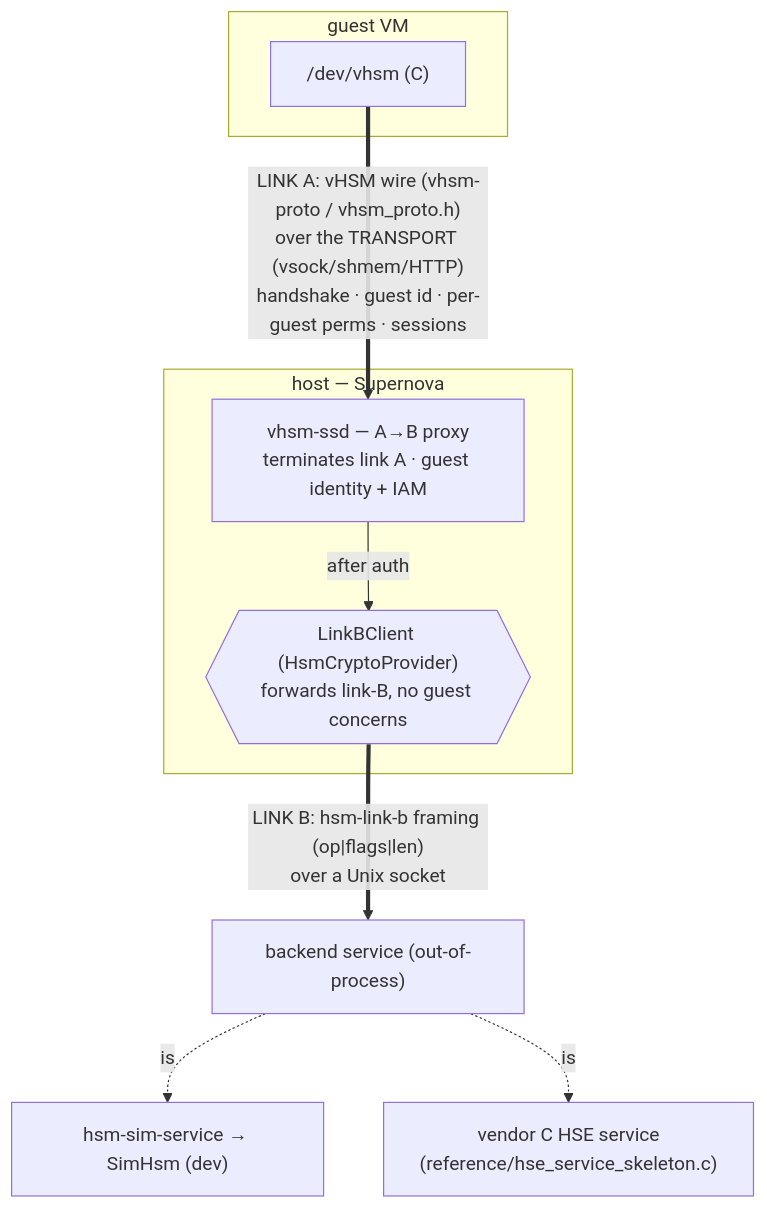
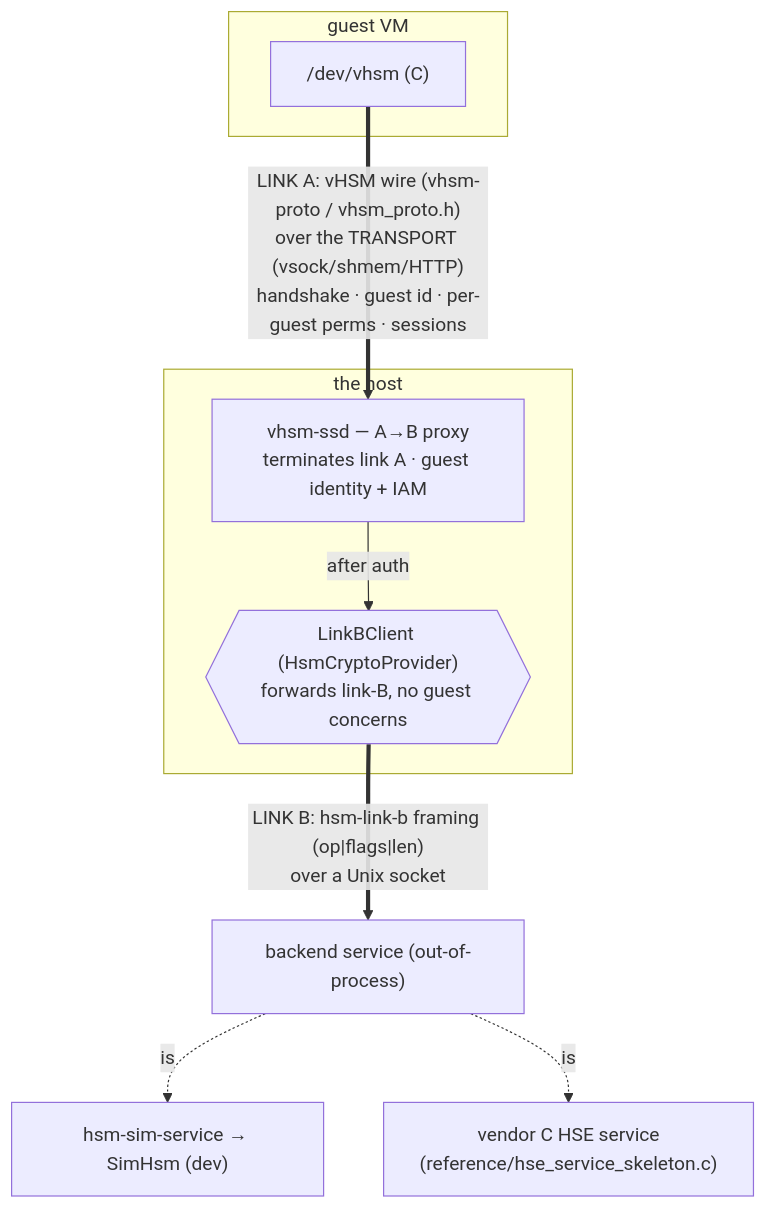
One commit to sdv-playground/sumo-machine-manager changed the diagram in docs/hsm-backend-architecture.md. Above: the diagram before and after it, drawn with Mermaid. The commit also changed 48 other files, not shown here.

````diff
--- a/docs/hsm-backend-architecture.md
+++ b/docs/hsm-backend-architecture.md
@@ -29,16 +29,16 @@
 ```mermaid
 flowchart TB
     subgraph GUEST["guest VM"]
         DV["/dev/vhsm (C)"]
     end
-    subgraph HOST["host — Supernova"]
+    subgraph HOST["the host"]
         SSD["vhsm-ssd — A→B proxy<br/>terminates link A · guest identity + IAM"]
         LBC{{"LinkBClient (HsmCryptoProvider)<br/>forwards link-B, no guest concerns"}}
         SSD -->|"after auth"| LBC
     end
     DV ==>|"LINK A: vHSM wire (vhsm-proto / vhsm_proto.h)<br/>over the TRANSPORT (vsock/shmem/HTTP)<br/>handshake · guest id · per-guest perms · sessions"| SSD
     LBC ==>|"LINK B: hsm-link-b framing (op|flags|len)<br/>over a Unix socket"| SVC
     SVC["backend service (out-of-process)"]
     SVC -.is.-> SIM["hsm-sim-service → SimHsm (dev)"]
     SVC -.is.-> VEN["vendor C HSE service<br/>(reference/hse_service_skeleton.c)"]
 ```
````
